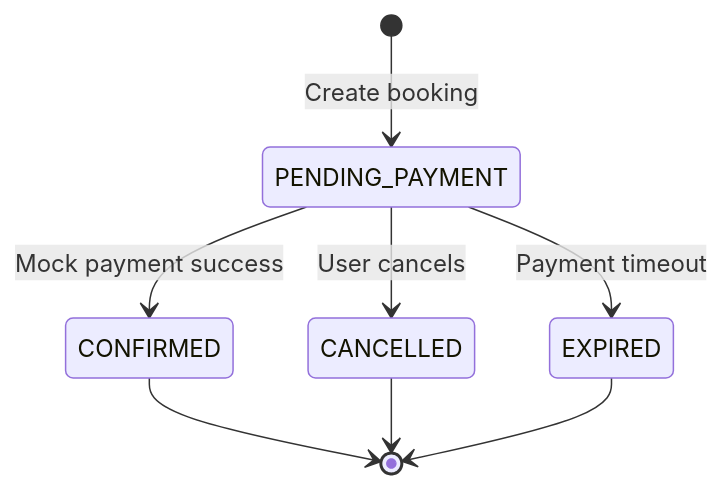
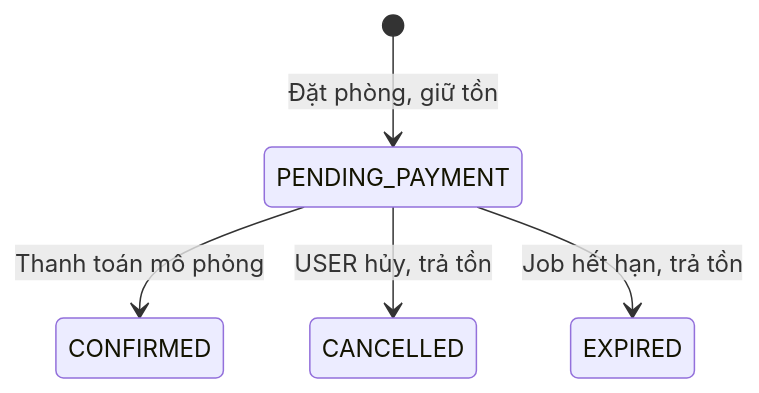
The third of 4 diagrams in backend/docs/documents/architecture.md (oabga/HotelBookingSystem), drawn with Mermaid before and after one commit. The commit also changed other lines of this file and 21 other files, not shown here.

````diff
--- a/backend/docs/documents/architecture.md
+++ b/backend/docs/documents/architecture.md
@@ -763,12 +219,7 @@
 ```mermaid
 stateDiagram-v2
-    [*] --> PENDING_PAYMENT: Create booking
-
-    PENDING_PAYMENT --> CONFIRMED: Mock payment success
-    PENDING_PAYMENT --> CANCELLED: User cancels
-    PENDING_PAYMENT --> EXPIRED: Payment timeout
-
-    CONFIRMED --> [*]
-    CANCELLED --> [*]
-    EXPIRED --> [*]
+    [*] --> PENDING_PAYMENT: Đặt phòng, giữ tồn
+    PENDING_PAYMENT --> CONFIRMED: Thanh toán mô phỏng
+    PENDING_PAYMENT --> CANCELLED: USER hủy, trả tồn
+    PENDING_PAYMENT --> EXPIRED: Job hết hạn, trả tồn
 ```
````
